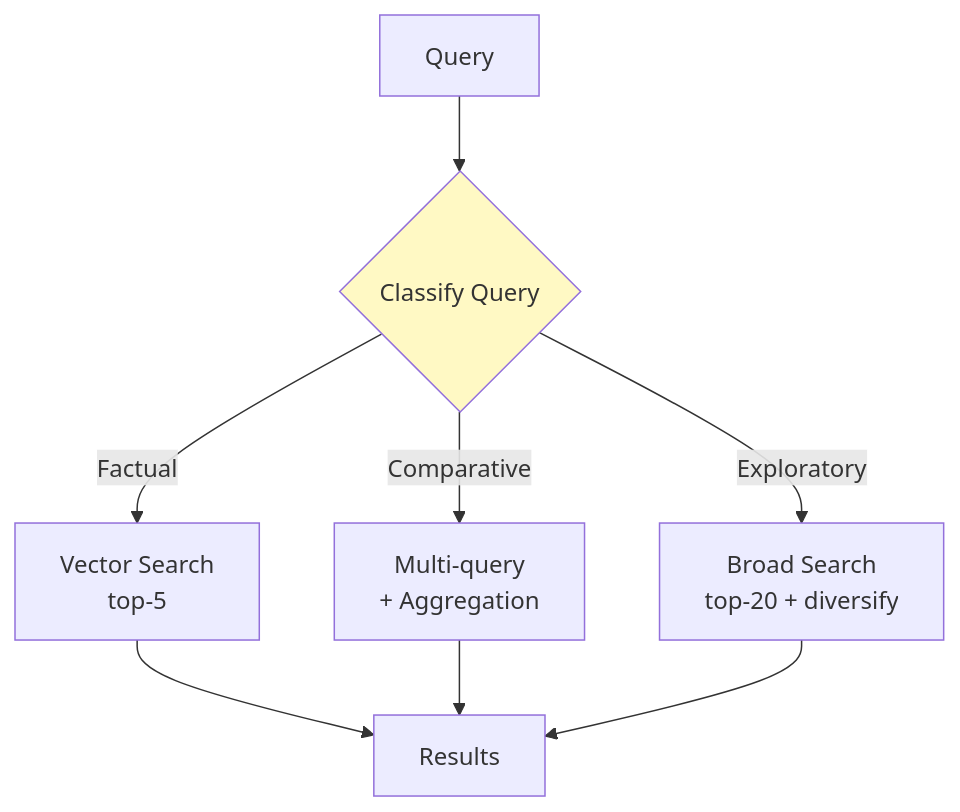
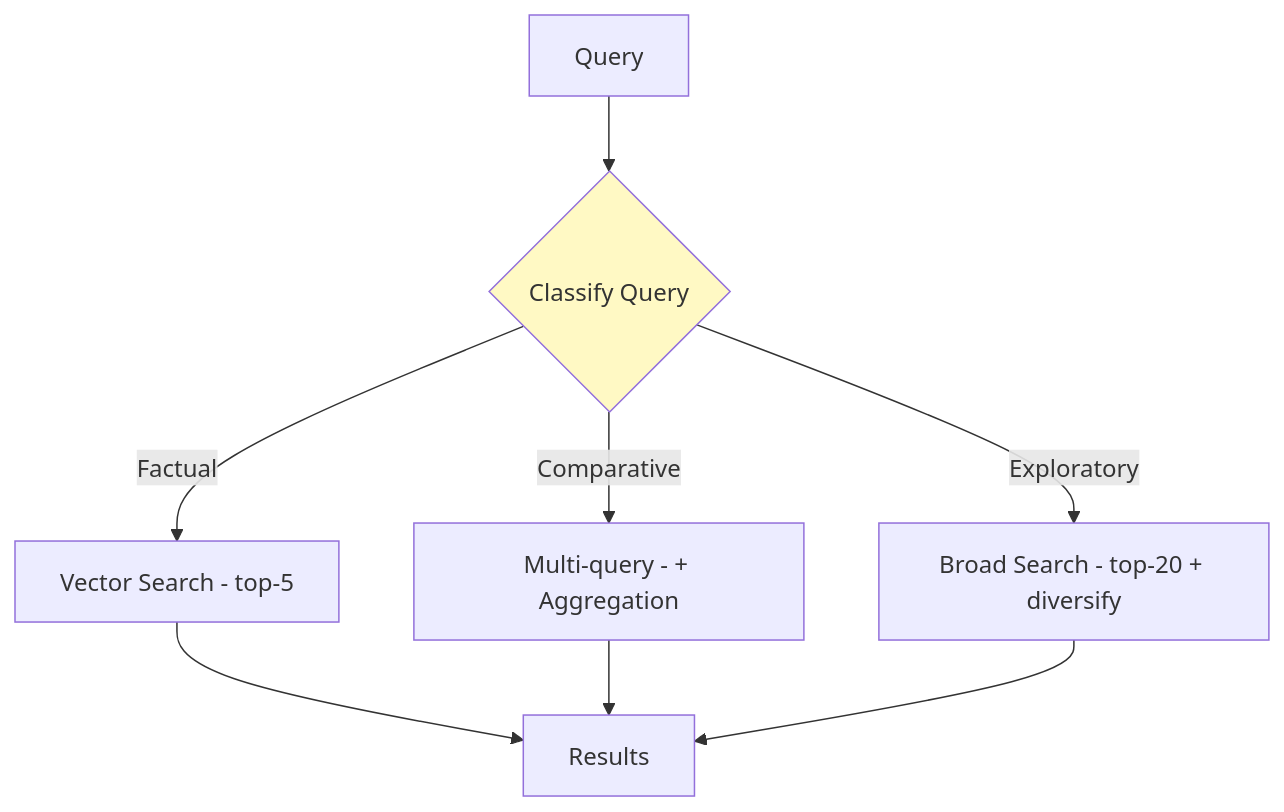
One commit to indhra/llm_rag_sec_findings changed the tenth of 10 diagrams in docs/learning/08-advanced-rag.md. Above: the diagram before and after it, drawn with Mermaid. The commit also changed other lines of this file and 9 other files, not shown here.

````diff
--- a/docs/learning/08-advanced-rag.md
+++ b/docs/learning/08-advanced-rag.md
@@ -465,14 +465,14 @@
 ```mermaid
 graph TD
     Q[Query] --> C{Classify Query}
     
-    C -->|Factual| F[Vector Search<br/>top-5]
-    C -->|Comparative| M[Multi-query<br/>+ Aggregation]
-    C -->|Exploratory| E[Broad Search<br/>top-20 + diversify]
+    C -->|Factual| F[Vector Search - top-5]
+    C -->|Comparative| M[Multi-query - + Aggregation]
+    C -->|Exploratory| E[Broad Search - top-20 + diversify]
     
     F --> R[Results]
     M --> R
     E --> R
     
     style C fill:#fff9c4
 ```
````
